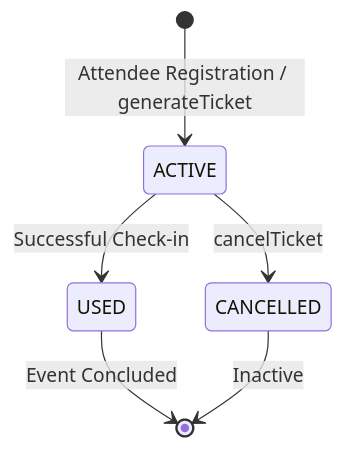
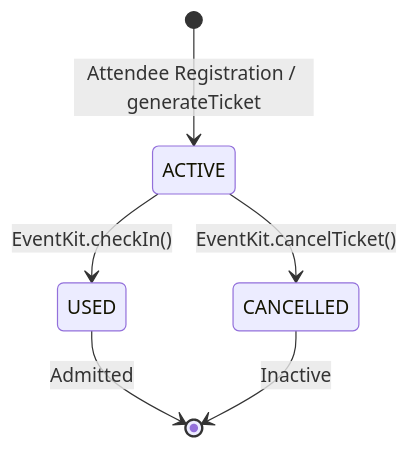
One commit to nsaky/eventkit changed the second of 2 diagrams in README.md. Above: the diagram before and after it, drawn with Mermaid. The commit also changed other lines of this file and 4 other files, not shown here.

````diff
--- a/README.md
+++ b/README.md
@@ -415,8 +468,8 @@
 ```mermaid
 stateDiagram-v2
     [*] --> ACTIVE : Attendee Registration / generateTicket
-    ACTIVE --> USED : Successful Check-in
-    ACTIVE --> CANCELLED : cancelTicket
-    USED --> [*] : Event Concluded
+    ACTIVE --> USED : EventKit.checkIn()
+    ACTIVE --> CANCELLED : EventKit.cancelTicket()
+    USED --> [*] : Admitted
     CANCELLED --> [*] : Inactive
 ```
````
